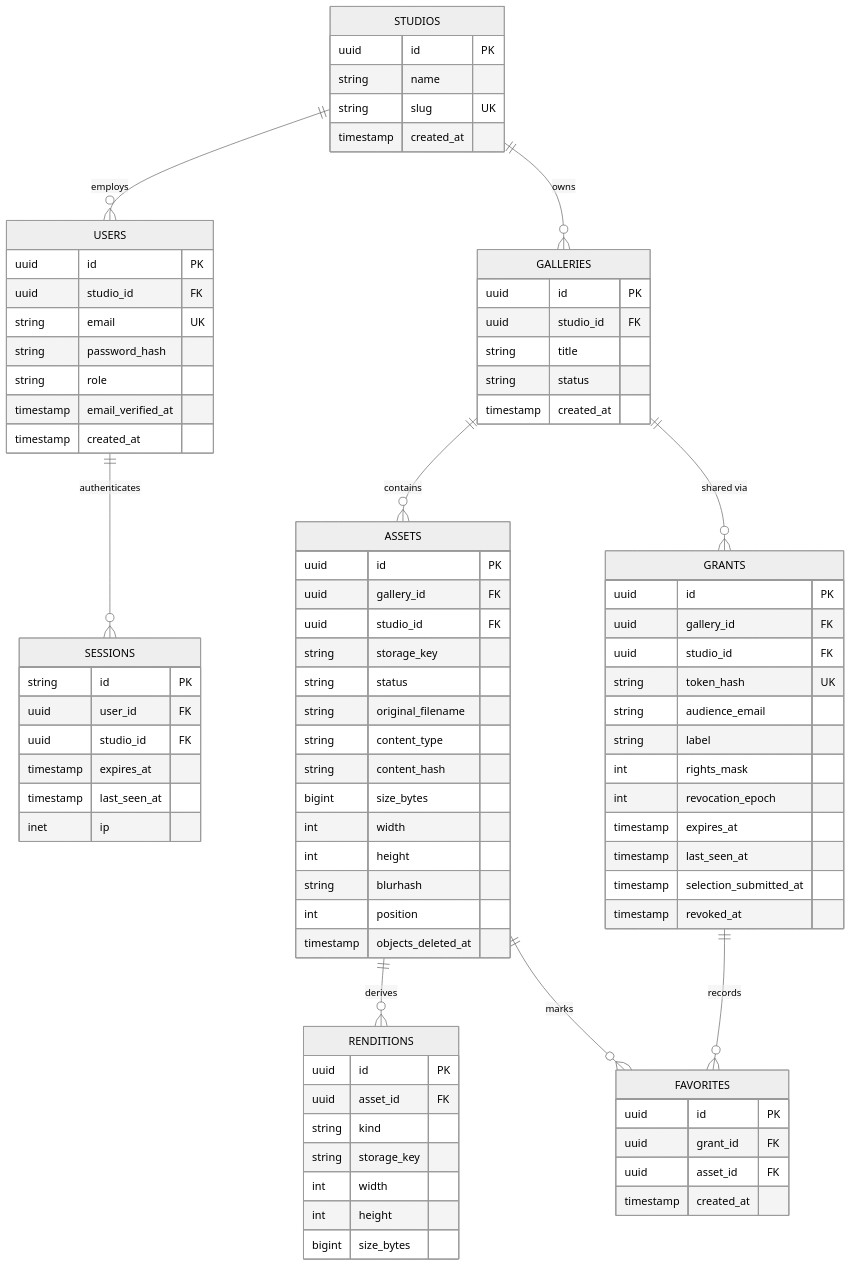
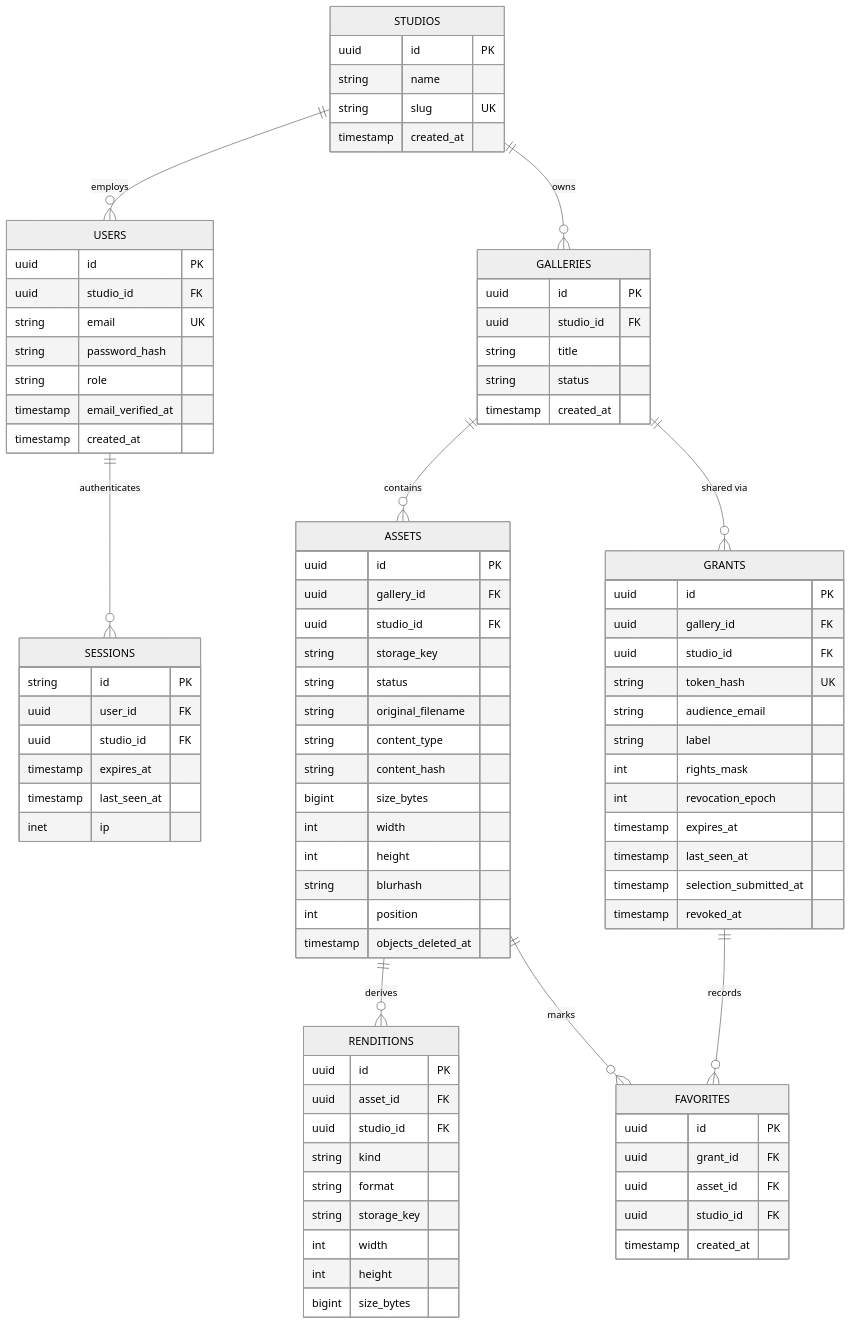
Before and after one commit to RaresPetrisor22/pixhaus: the second of 5 diagrams in docs/architecture.md, drawn with Mermaid (neutral theme). The commit also changed other lines of this file and 2 other files, not shown here.

````diff
--- a/docs/architecture.md
+++ b/docs/architecture.md
@@ -125,7 +129,9 @@
     RENDITIONS {
         uuid id PK
         uuid asset_id FK
+        uuid studio_id FK
         string kind
+        string format
         string storage_key
         int width
         int height
@@ -149,6 +155,7 @@
         uuid id PK
         uuid grant_id FK
         uuid asset_id FK
+        uuid studio_id FK
         timestamp created_at
     }
 ```
````
